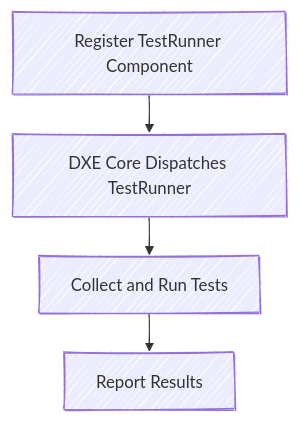
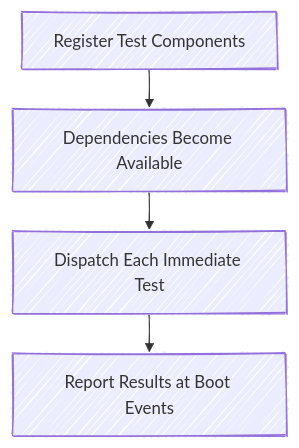
Before and after one commit to OpenDevicePartnership/patina: the diagram in docs/src/dev/testing/platform.md, drawn with Mermaid. The commit also changed other lines of this file and 9 other files, not shown here.

First line of the commit message:
patina_test: Treat each test as a component

````diff
--- a/docs/src/dev/testing/platform.md
+++ b/docs/src/dev/testing/platform.md
@@ -152,11 +184,11 @@
 ```mermaid
 ---
 config:
   layout: elk
   look: handDrawn
 ---
 graph TD
-    A[Register TestRunner Component] --> B[DXE Core Dispatches TestRunner]
-    B --> C[Collect and Run Tests]
-    C --> D[Report Results]
+    A[Register Test Components] --> B[Dependencies Become Available]
+    B --> C[Dispatch Each Immediate Test]
+    C --> D[Report Results at Boot Events]
 ```
````
